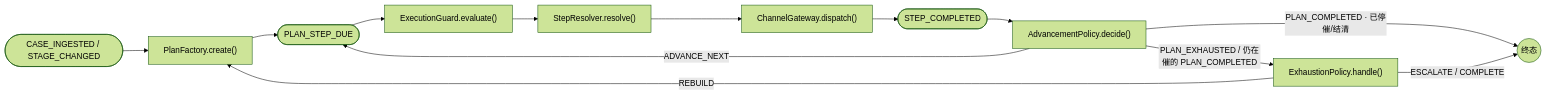
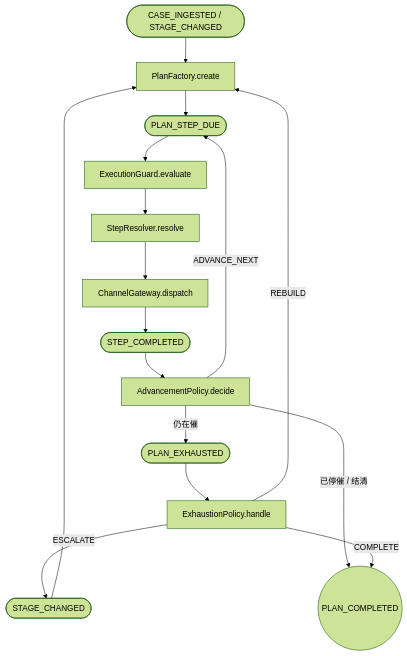
The sixth of 6 diagrams in docs/MOCASA催收系统升级_Phase1_核心引擎规格.md (katherineliu2102/Intelligent-Collection-V1), drawn with Mermaid (forest theme) before and after one commit. The commit also changed other lines of this file and 41 other files, not shown here.

````diff
--- a/docs/MOCASA催收系统升级_Phase1_核心引擎规格.md
+++ b/docs/MOCASA催收系统升级_Phase1_核心引擎规格.md
@@ -911,15 +875,21 @@
 ```mermaid
-flowchart LR
-    A(["CASE_INGESTED / STAGE_CHANGED"]) --> PF["PlanFactory.create()"]
+flowchart TB
+    IN(["CASE_INGESTED / STAGE_CHANGED"]) --> PF["PlanFactory.create"]
     PF --> DUE(["PLAN_STEP_DUE"])
-    DUE --> EG["ExecutionGuard.evaluate()"]
-    EG --> SR["StepResolver.resolve()"]
-    SR --> CG["ChannelGateway.dispatch()"]
+
+    DUE --> EG["ExecutionGuard.evaluate"]
+    EG --> SR["StepResolver.resolve"]
+    SR --> CG["ChannelGateway.dispatch"]
     CG --> DONE(["STEP_COMPLETED"])
-    DONE --> AP["AdvancementPolicy.decide()"]
+
+    DONE --> AP["AdvancementPolicy.decide"]
     AP -->|ADVANCE_NEXT| DUE
-    AP -->|PLAN_EXHAUSTED / 仍在催的 PLAN_COMPLETED| EP["ExhaustionPolicy.handle()"]
+    AP -->|仍在催| EXH(["PLAN_EXHAUSTED"])
+    AP -->|已停催 / 结清| END((PLAN_COMPLETED))
+
+    EXH --> EP["ExhaustionPolicy.handle"]
     EP -->|REBUILD| PF
-    AP -->|PLAN_COMPLETED · 已停催/结清| END((终态))
-    EP -->|ESCALATE / COMPLETE| END
+    EP -->|ESCALATE| SC(["STAGE_CHANGED"])
+    SC --> PF
+    EP -->|COMPLETE| END
 ```
````
